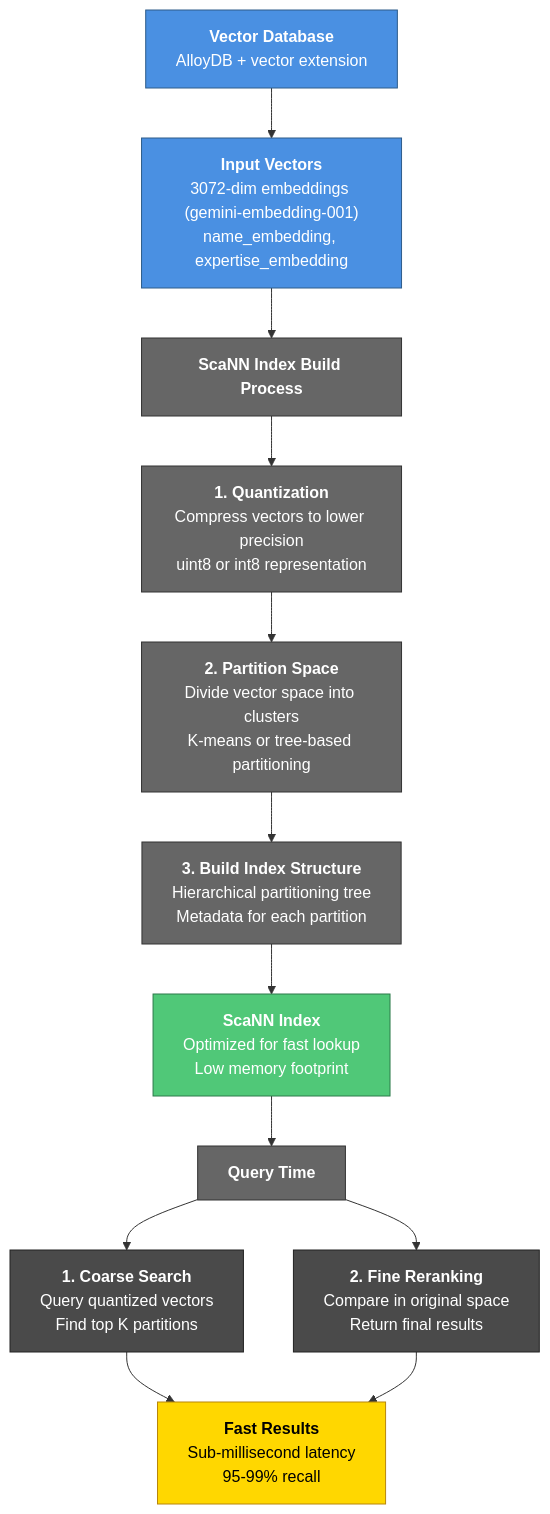
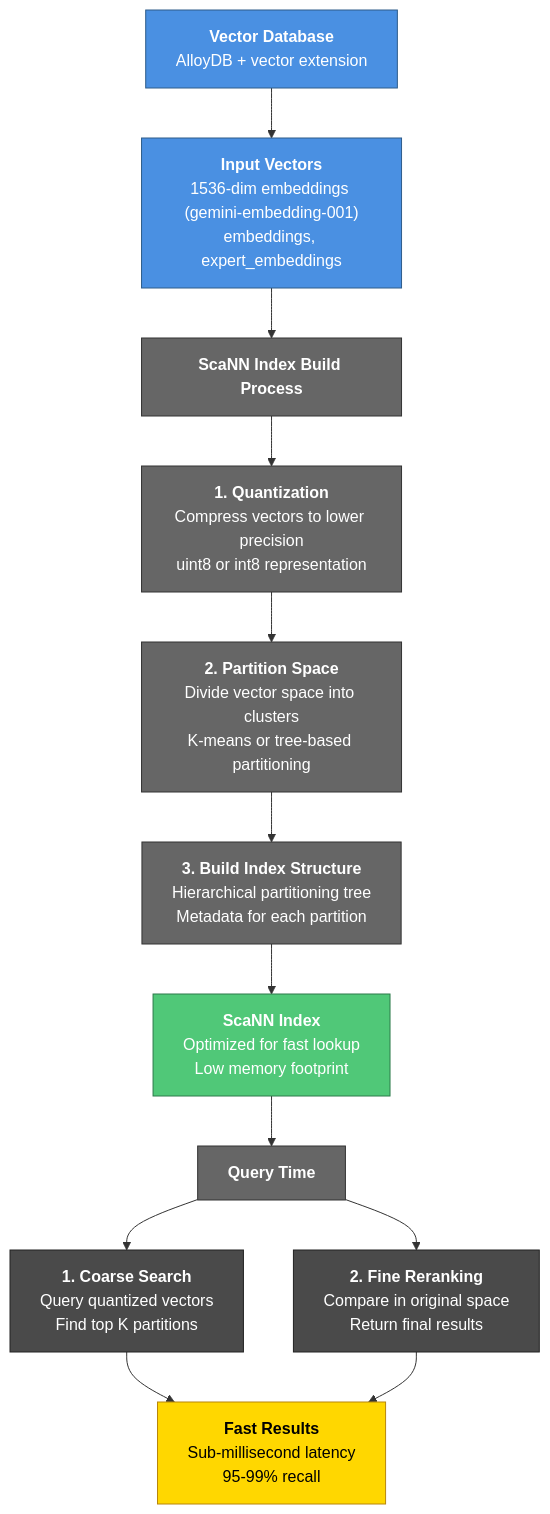
The diagram in guides/open-work/vectors-alloydb/scann.mdx (M-Pederson/docs), drawn with Mermaid before and after one commit. The commit also changed other lines of this file and 20 other files, not shown here.

````diff
--- a/guides/open-work/vectors-alloydb/scann.mdx
+++ b/guides/open-work/vectors-alloydb/scann.mdx
@@ -162,33 +166,33 @@
 ```mermaid
 graph TB
-    A["<b>Vector Database</b><br/>AlloyDB + vector extension"] --> B["<b>Input Vectors</b><br/>3072-dim embeddings (gemini-embedding-001)<br/>name_embedding, expertise_embedding"]
+    A["<b>Vector Database</b><br/>AlloyDB + vector extension"] --> B["<b>Input Vectors</b><br/>1536-dim embeddings (gemini-embedding-001)<br/>embeddings, expert_embeddings"]
     
     B --> C["<b>ScaNN Index Build Process</b>"]
     
     C --> D["<b>1. Quantization</b><br/>Compress vectors to lower precision<br/>uint8 or int8 representation"]
     
     D --> E["<b>2. Partition Space</b><br/>Divide vector space into clusters<br/>K-means or tree-based partitioning"]
     
     E --> F["<b>3. Build Index Structure</b><br/>Hierarchical partitioning tree<br/>Metadata for each partition"]
     
     F --> G["<b>ScaNN Index</b><br/>Optimized for fast lookup<br/>Low memory footprint"]
     
     G --> H["<b>Query Time</b>"]
     H --> I["<b>1. Coarse Search</b><br/>Query quantized vectors<br/>Find top K partitions"]
     H --> J["<b>2. Fine Reranking</b><br/>Compare in original space<br/>Return final results"]
     
     I --> K["<b>Fast Results</b><br/>Sub-millisecond latency<br/>95-99% recall"]
     J --> K
     
     style A fill:#4A90E2,stroke:#2E5C8A,color:#fff
     style B fill:#4A90E2,stroke:#2E5C8A,color:#fff
     style C fill:#666,stroke:#333,color:#fff
     style D fill:#666,stroke:#333,color:#fff
     style E fill:#666,stroke:#333,color:#fff
     style F fill:#666,stroke:#333,color:#fff
     style G fill:#50C878,stroke:#2D7A4A,color:#fff
     style H fill:#666,stroke:#333,color:#fff
     style I fill:#4A4A4A,stroke:#222,color:#fff
     style J fill:#4A4A4A,stroke:#222,color:#fff
     style K fill:#FFD700,stroke:#B8860B,color:#000
 ```
````
